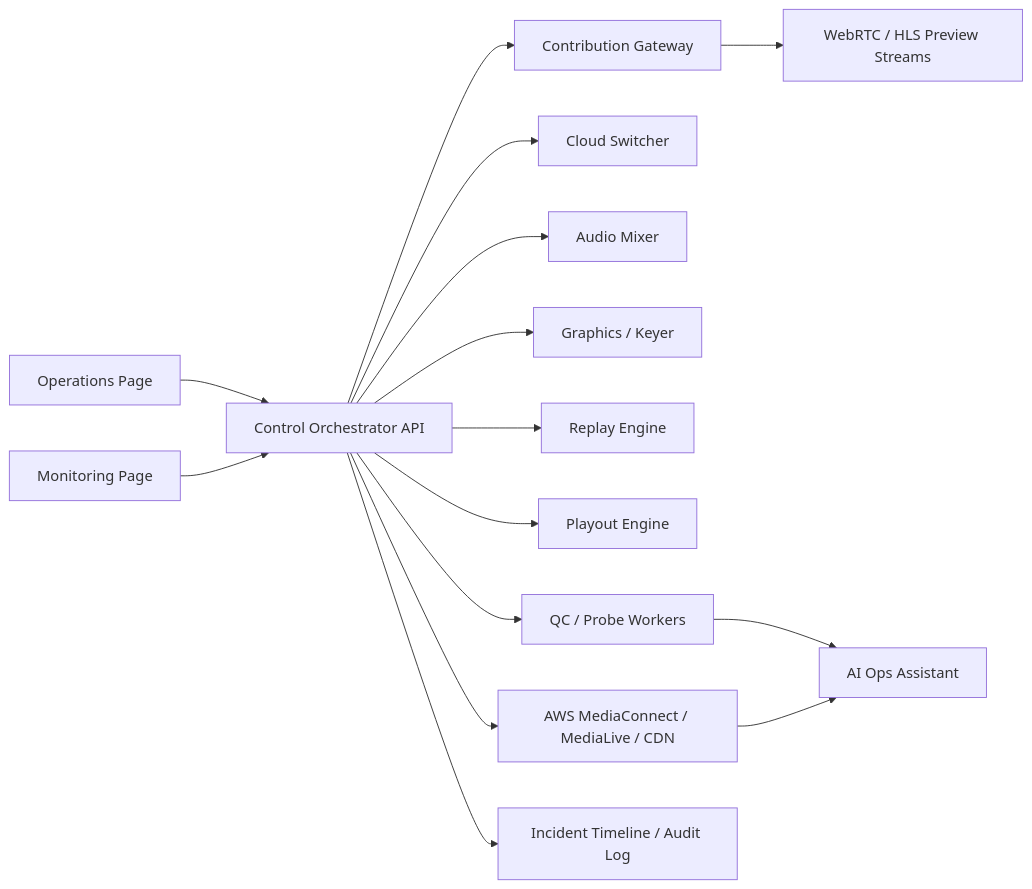
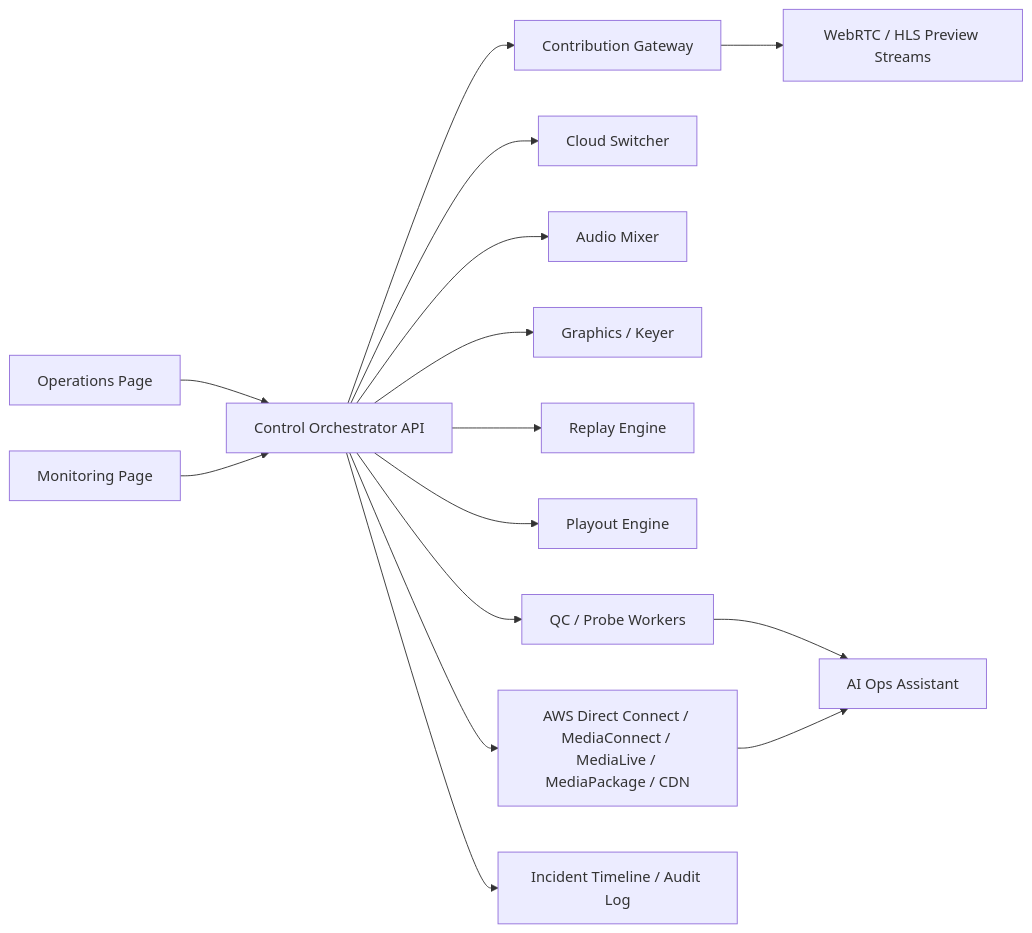
One commit to kittulsalpha-ctrl/mcr-studio changed the diagram in CLIENT_INTEGRATION_BLUEPRINT.md. Above: the diagram before and after it, drawn with Mermaid. The commit also changed other lines of this file and 8 other files, not shown here.

````diff
--- a/CLIENT_INTEGRATION_BLUEPRINT.md
+++ b/CLIENT_INTEGRATION_BLUEPRINT.md
@@ -42,17 +42,17 @@
 ```mermaid
 flowchart LR
   OP["Operations Page"] --> API["Control Orchestrator API"]
   MON["Monitoring Page"] --> API
   API --> GW["Contribution Gateway"]
   API --> SWT["Cloud Switcher"]
   API --> AUD["Audio Mixer"]
   API --> CG["Graphics / Keyer"]
   API --> RPY["Replay Engine"]
   API --> PLY["Playout Engine"]
   API --> QC["QC / Probe Workers"]
-  API --> AWS["AWS MediaConnect / MediaLive / CDN"]
+  API --> AWS["AWS Direct Connect / MediaConnect / MediaLive / MediaPackage / CDN"]
   GW --> PREV["WebRTC / HLS Preview Streams"]
   QC --> AI["AI Ops Assistant"]
   AWS --> AI
   API --> LOG["Incident Timeline / Audit Log"]
 ```
````
